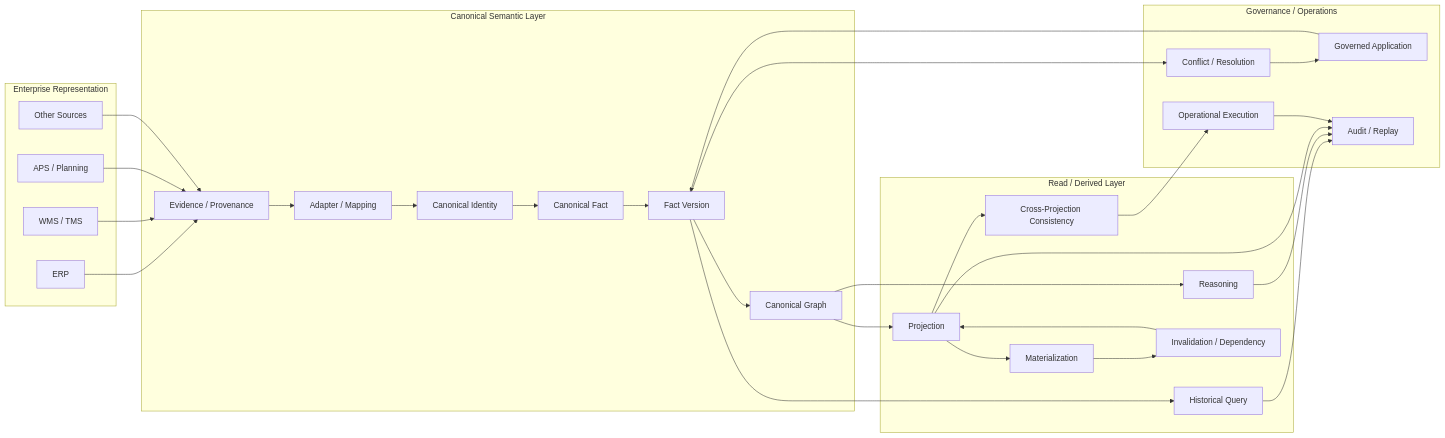
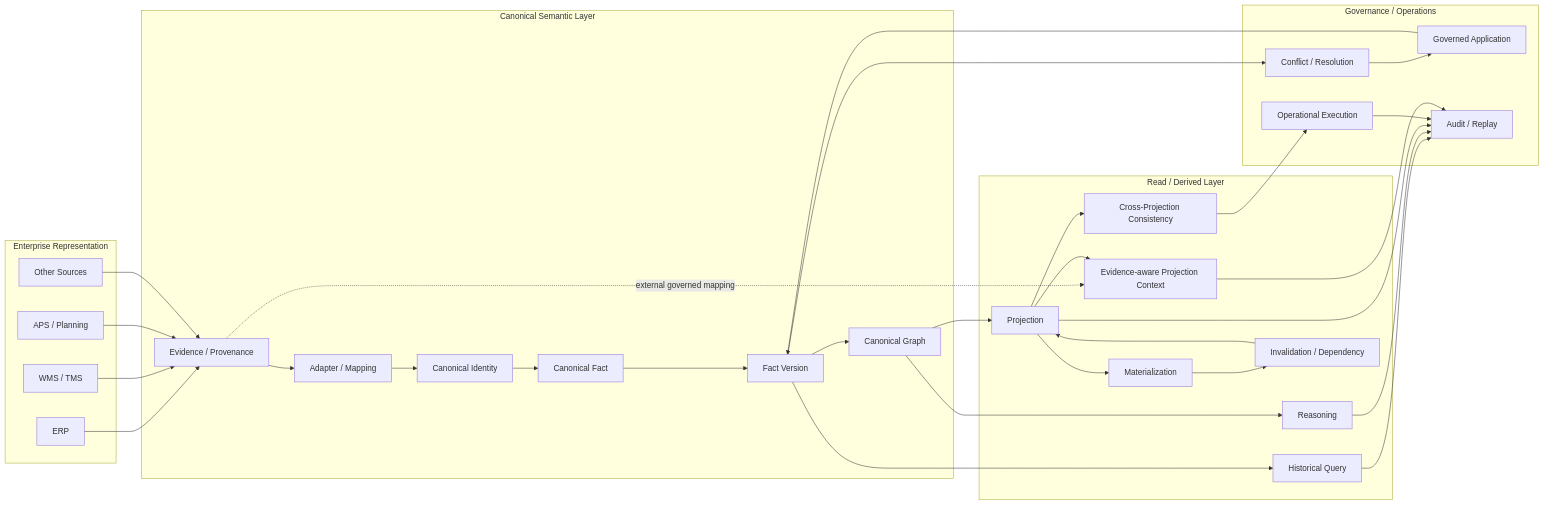
Before and after one commit to miumigy/scm-ontology: the first of 4 diagrams in docs/architecture/current-architecture.md, drawn with Mermaid. The commit also changed other lines of this file, not shown here.

Commit message:
docs(s323): update architecture for evidence-aware projections

````diff
--- a/docs/architecture/current-architecture.md
+++ b/docs/architecture/current-architecture.md
@@ -11,51 +11,54 @@
 ```mermaid
 flowchart LR
     subgraph ENTERPRISE[Enterprise Representation]
         E1[ERP]
         E2[WMS / TMS]
         E3[APS / Planning]
         E4[Other Sources]
     end
 
     subgraph CANON[Canonical Semantic Layer]
         A[Evidence / Provenance]
         B[Adapter / Mapping]
         C[Canonical Identity]
         D[Canonical Fact]
         E[Fact Version]
         F[Canonical Graph]
     end
 
     subgraph DERIVED[Read / Derived Layer]
         G[Historical Query]
         H[Reasoning]
         I[Projection]
         J[Materialization]
         K[Invalidation / Dependency]
         L[Cross-Projection Consistency]
+        Q[Evidence-aware Projection Context]
     end
 
     subgraph GOV[Governance / Operations]
         M[Conflict / Resolution]
         N[Governed Application]
         O[Operational Execution]
         P[Audit / Replay]
     end
 
     E1 --> A
     E2 --> A
     E3 --> A
     E4 --> A
     A --> B --> C --> D --> E --> F
     E --> G
     F --> H
     F --> I --> J --> K --> I
     I --> L
     L --> O
     E --> M --> N
     N --> E
     G --> P
     H --> P
     I --> P
     O --> P
+    A -. external governed mapping .-> Q
+    I --> Q --> P
 ```
````
